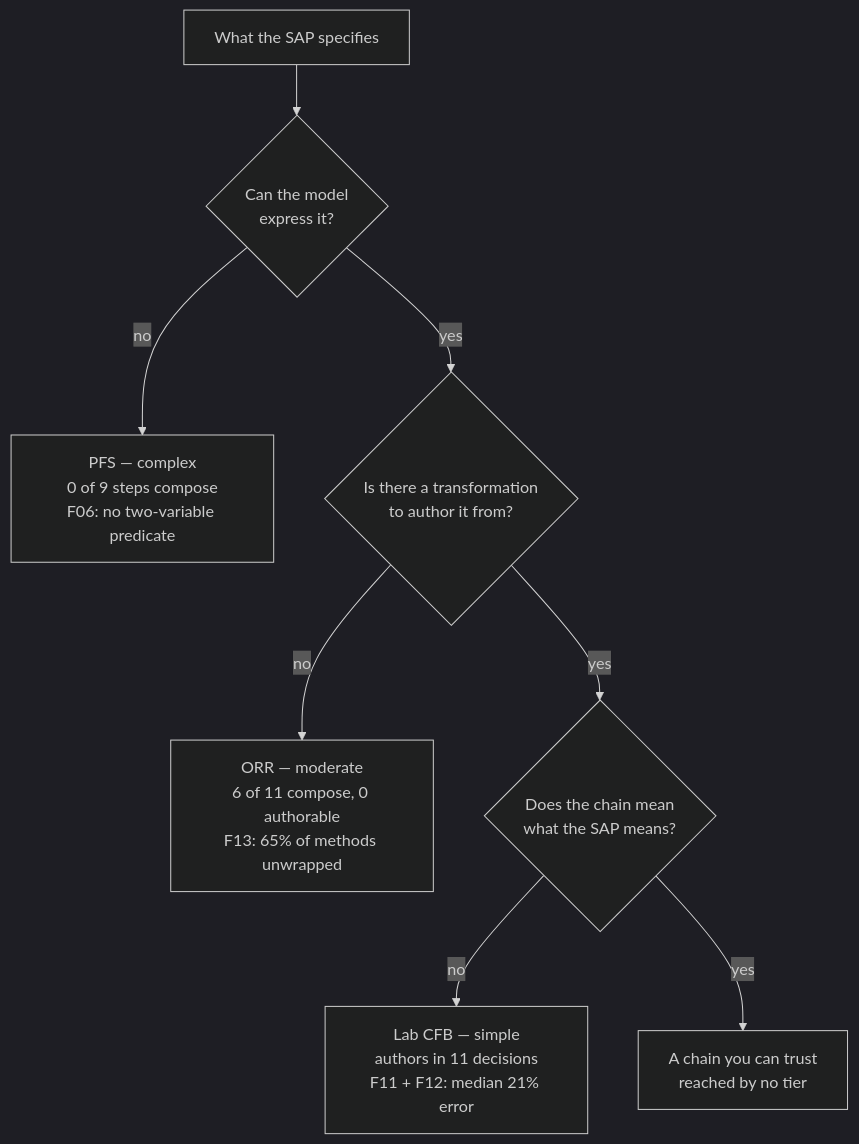
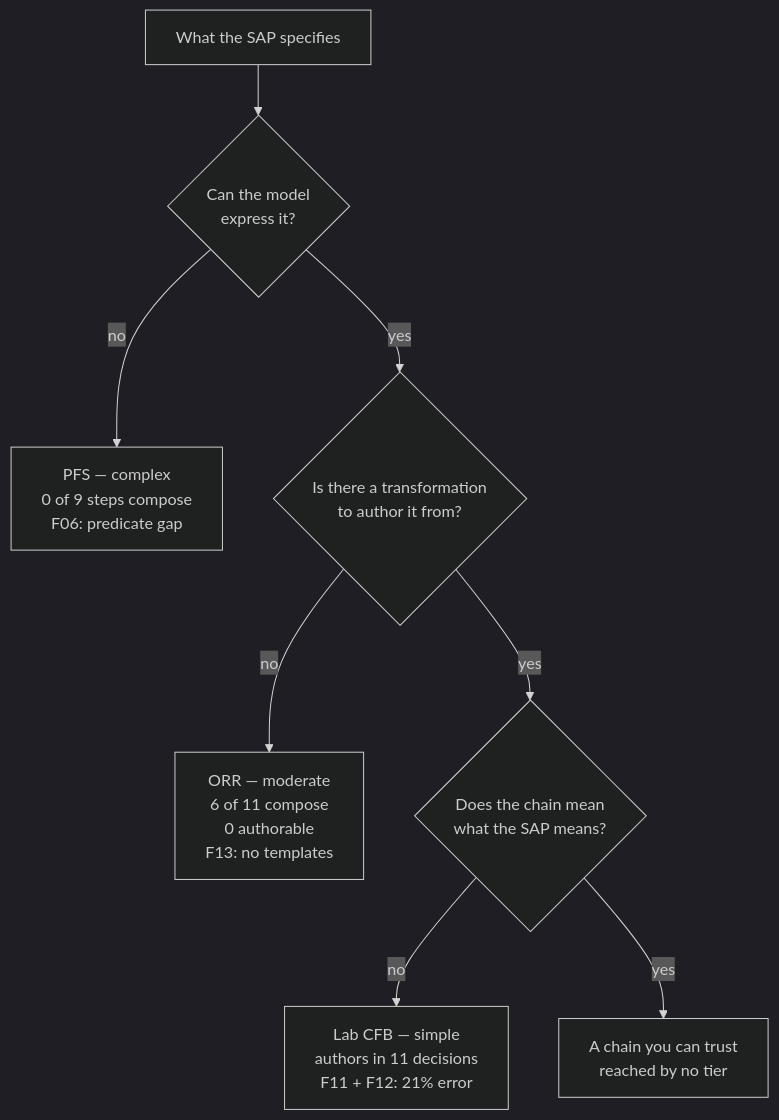
Before and after one commit to Lovemore-Gakava/usdm-acdc-in-practice: the diagram in README.md, drawn with Mermaid (dark theme).

````diff
--- a/README.md
+++ b/README.md
@@ -160,13 +160,13 @@
 ```mermaid
 flowchart TD
     SAP["What the SAP specifies"] --> G1{"Can the model<br/>express it?"}
 
-    G1 -->|no| PFS["PFS &mdash; complex<br/>0 of 9 steps compose<br/>F06: no two-variable predicate"]
+    G1 -->|no| PFS["PFS &mdash; complex<br/>0 of 9 steps compose<br/>F06: predicate gap"]
     G1 -->|yes| G2{"Is there a transformation<br/>to author it from?"}
 
-    G2 -->|no| ORR["ORR &mdash; moderate<br/>6 of 11 compose, 0 authorable<br/>F13: 65% of methods unwrapped"]
+    G2 -->|no| ORR["ORR &mdash; moderate<br/>6 of 11 compose<br/>0 authorable<br/>F13: no templates"]
     G2 -->|yes| G3{"Does the chain mean<br/>what the SAP means?"}
 
-    G3 -->|no| LAB["Lab CFB &mdash; simple<br/>authors in 11 decisions<br/>F11 + F12: median 21% error"]
+    G3 -->|no| LAB["Lab CFB &mdash; simple<br/>authors in 11 decisions<br/>F11 + F12: 21% error"]
     G3 -->|yes| OK["A chain you can trust<br/>reached by no tier"]
 ```
````
